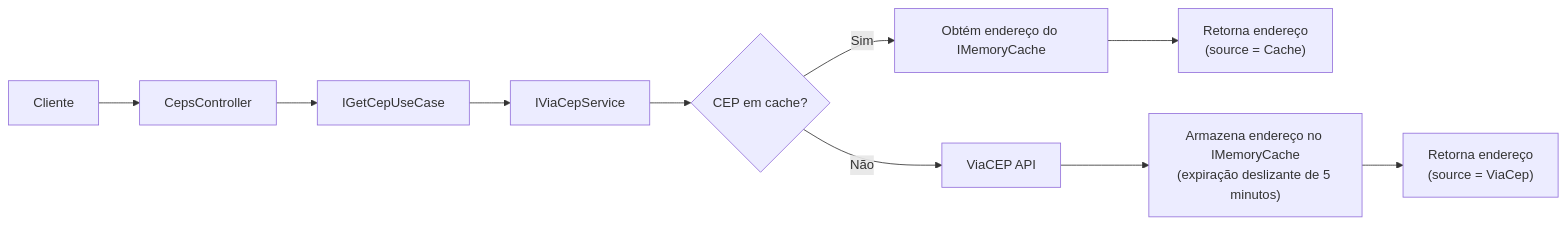
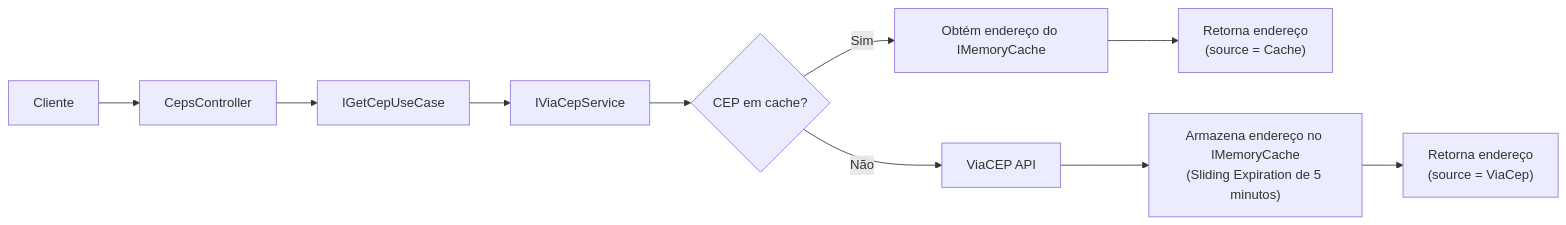
One commit to KelvinRian/find-cep changed the diagram in README.md. Above: the diagram before and after it, drawn with Mermaid.

Commit message:
Update README for clarity on sliding expiration

````diff
--- a/README.md
+++ b/README.md
@@ -15,14 +15,14 @@
 ```mermaid
 flowchart LR
     Client["Cliente"] --> Controller["CepsController"]
     Controller --> UseCase["IGetCepUseCase"]
     UseCase --> Service["IViaCepService"]
 
     Service --> Cache{"CEP em cache?"}
     Cache -- Sim --> CachedData["Obtém endereço do IMemoryCache"]
     CachedData --> Response["Retorna endereço<br/>(source = Cache)"] 
 
     Cache -- Não --> ViaCep["ViaCEP API"]
-    ViaCep --> SaveCache["Armazena endereço no IMemoryCache<br/>(expiração deslizante de 5 minutos)"]
+    ViaCep --> SaveCache["Armazena endereço no IMemoryCache<br/>(Sliding Expiration de 5 minutos)"]
     SaveCache --> ResponseApi["Retorna endereço<br/>(source = ViaCep)"]
 ```
````
